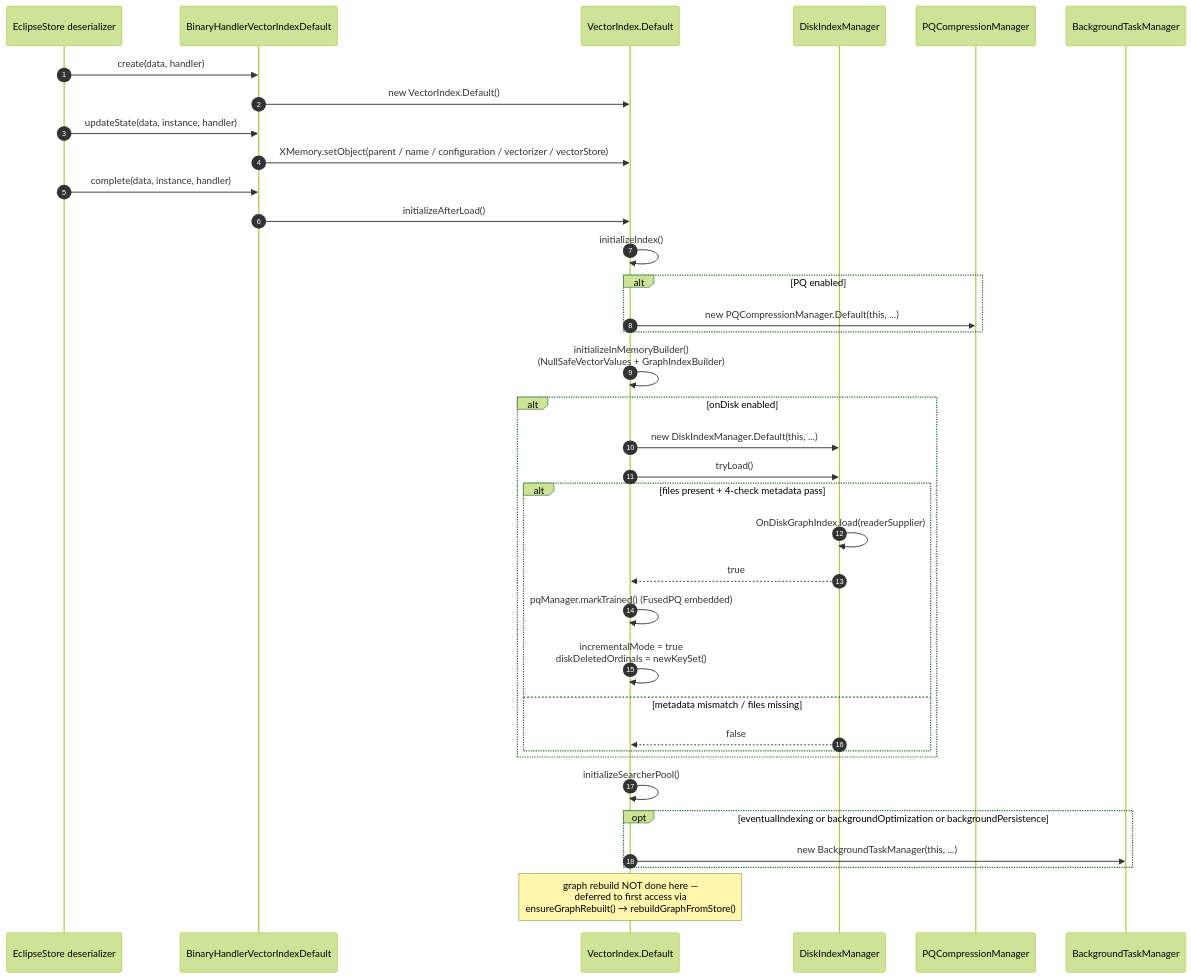
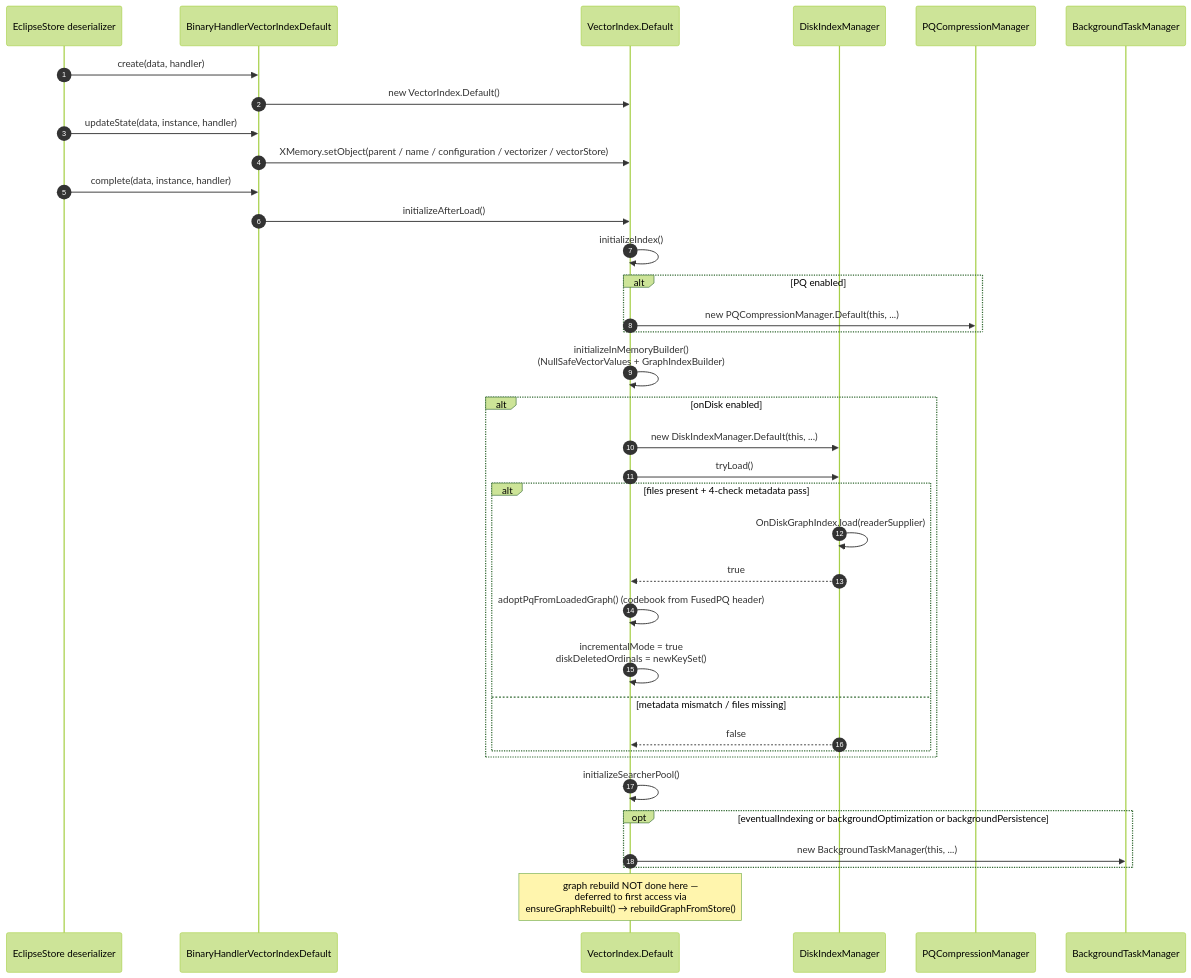
Before and after one commit to eclipse-store/store: the fourth of 10 diagrams in gigamap/jvector/ARCHITECTURE.md, drawn with Mermaid (forest theme). The commit also changed other lines of this file and 16 other files, not shown here.

````diff
--- a/gigamap/jvector/ARCHITECTURE.md
+++ b/gigamap/jvector/ARCHITECTURE.md
@@ -338,41 +337,41 @@
 ```mermaid
 sequenceDiagram
     autonumber
     participant ES as EclipseStore deserializer
     participant H as BinaryHandlerVectorIndexDefault
     participant VI as VectorIndex.Default
     participant DIM as DiskIndexManager
     participant PQM as PQCompressionManager
     participant BTM as BackgroundTaskManager
 
     ES->>H: create(data, handler)
     H->>VI: new VectorIndex.Default()
     ES->>H: updateState(data, instance, handler)
     H->>VI: XMemory.setObject(parent / name / configuration / vectorizer / vectorStore)
     ES->>H: complete(data, instance, handler)
     H->>VI: initializeAfterLoad()
     VI->>VI: initializeIndex()
     alt PQ enabled
         VI->>PQM: new PQCompressionManager.Default(this, ...)
     end
     VI->>VI: initializeInMemoryBuilder()<br/>(NullSafeVectorValues + GraphIndexBuilder)
 
     alt onDisk enabled
         VI->>DIM: new DiskIndexManager.Default(this, ...)
         VI->>DIM: tryLoad()
         alt files present + 4-check metadata pass
             DIM->>DIM: OnDiskGraphIndex.load(readerSupplier)
             DIM-->>VI: true
-            VI->>VI: pqManager.markTrained() (FusedPQ embedded)
+            VI->>VI: adoptPqFromLoadedGraph() (codebook from FusedPQ header)
             VI->>VI: incrementalMode = true<br/>diskDeletedOrdinals = newKeySet()
         else metadata mismatch / files missing
             DIM-->>VI: false
         end
     end
 
     VI->>VI: initializeSearcherPool()
     opt eventualIndexing or backgroundOptimization or backgroundPersistence
         VI->>BTM: new BackgroundTaskManager(this, ...)
     end
     Note over VI: graph rebuild NOT done here —<br/>deferred to first access via<br/>ensureGraphRebuilt() → rebuildGraphFromStore()
 ```
````
